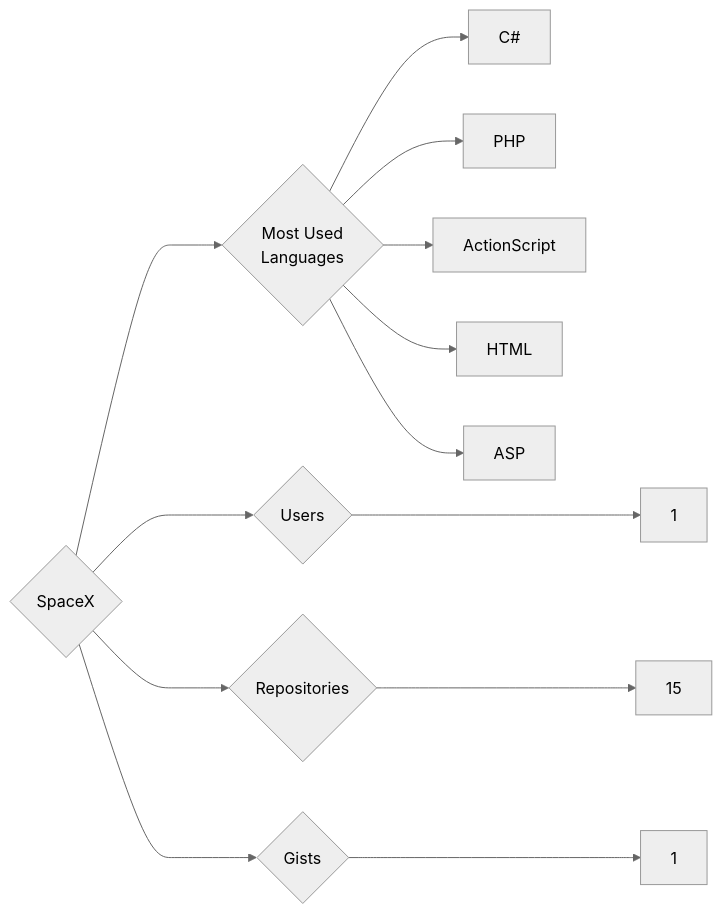
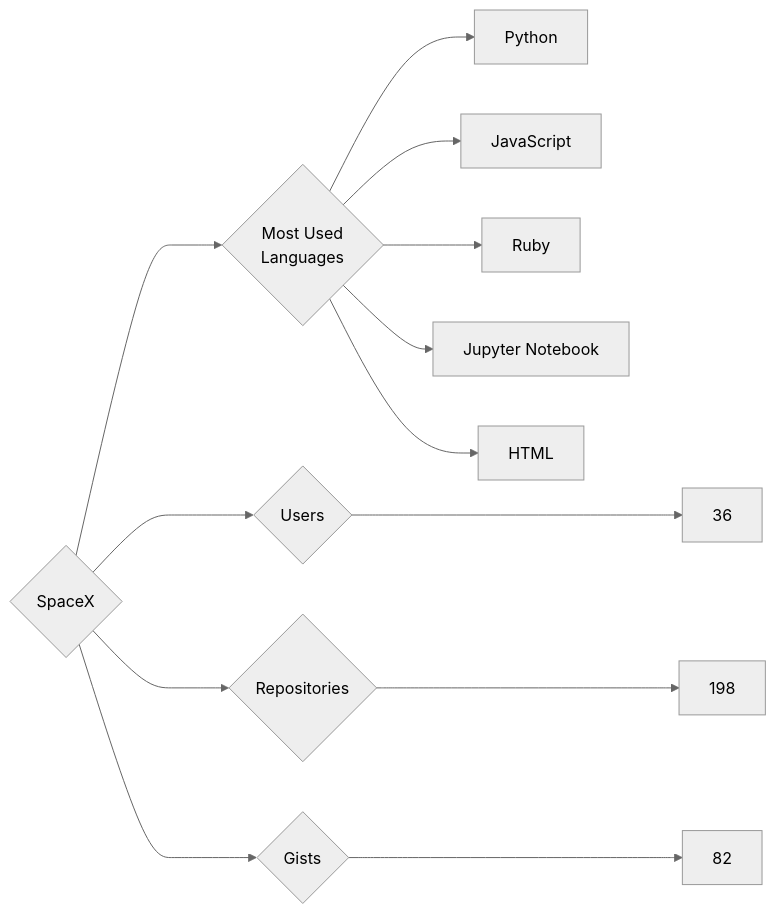
One commit to trickest/insiders changed the diagram in targets/SpaceX/README.md. Above: the diagram before and after it, drawn with Mermaid (neutral theme). The commit also changed 582 other files, not shown here.

````diff
--- a/targets/SpaceX/README.md
+++ b/targets/SpaceX/README.md
@@ -3,13 +3,13 @@
 ```mermaid
 graph LR
 COMPANY_NAME{SpaceX}
-COMPANY_NAME ---> U{Users} ---> UN[1]
-COMPANY_NAME ---> R{Repositories} ---> RN[15]
-COMPANY_NAME ---> G{Gists} ---> GN[1]
+COMPANY_NAME ---> U{Users} ---> UN[36]
+COMPANY_NAME ---> R{Repositories} ---> RN[198]
+COMPANY_NAME ---> G{Gists} ---> GN[82]
 COMPANY_NAME ---> ML{Most Used<br>Languages}
-ML --> C#[C#]
-ML --> PHP[PHP]
-ML --> ActionScript[ActionScript]
+ML --> Python[Python]
+ML --> JavaScript[JavaScript]
+ML --> Ruby[Ruby]
+ML --> Jupyter_Notebook[Jupyter Notebook]
 ML --> HTML[HTML]
-ML --> ASP[ASP]
 ```
````
